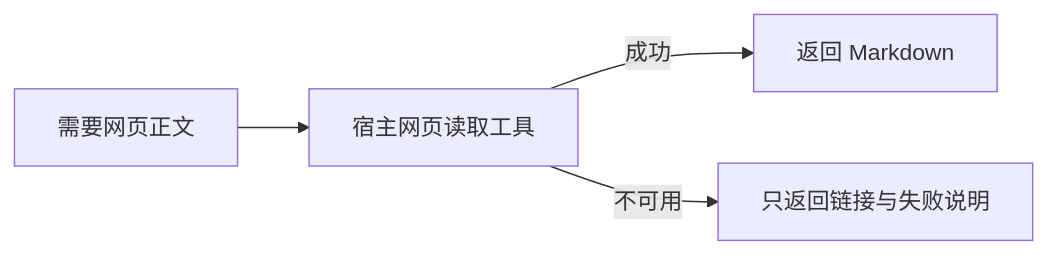
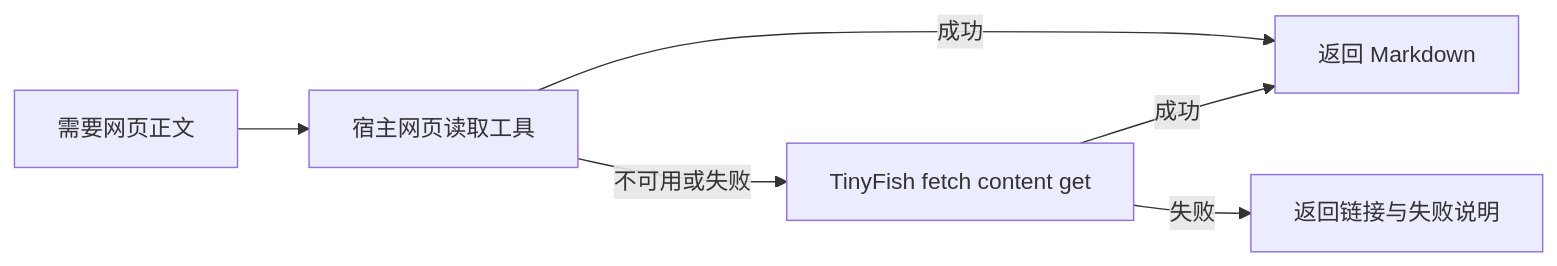
One commit to karthrand/karthrand-ai-public changed the second of 2 diagrams in skills/search-web/examples/usage.md. Above: the diagram before and after it, drawn with Mermaid. The commit also changed other lines of this file and 5 other files, not shown here.

Commit message:
合入 TinyFish 作为 search-web 备用搜索

````diff
--- a/skills/search-web/examples/usage.md
+++ b/skills/search-web/examples/usage.md
@@ -163,6 +191,8 @@
 ```mermaid
 graph LR
     A[需要网页正文] --> B[宿主网页读取工具]
     B -->|成功| C[返回 Markdown]
-    B -->|不可用| D[只返回链接与失败说明]
+    B -->|不可用或失败| D[TinyFish fetch content get]
+    D -->|成功| C
+    D -->|失败| E[返回链接与失败说明]
 ```
````
